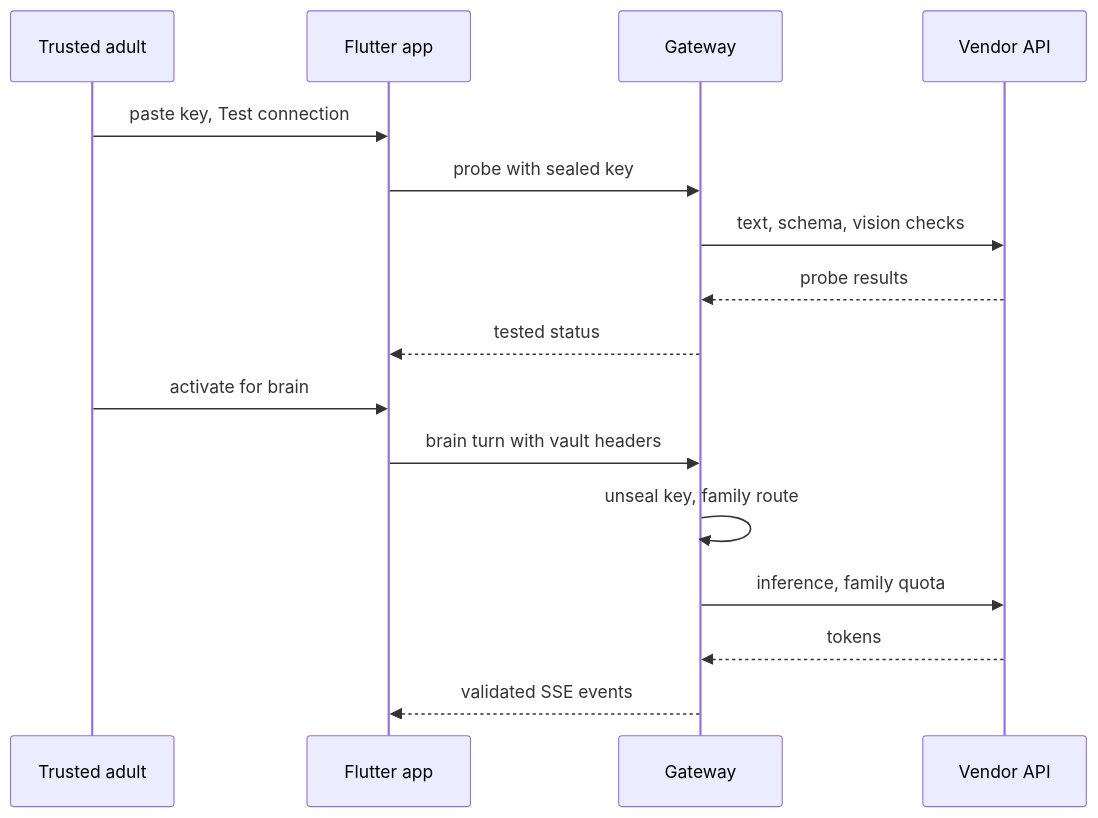
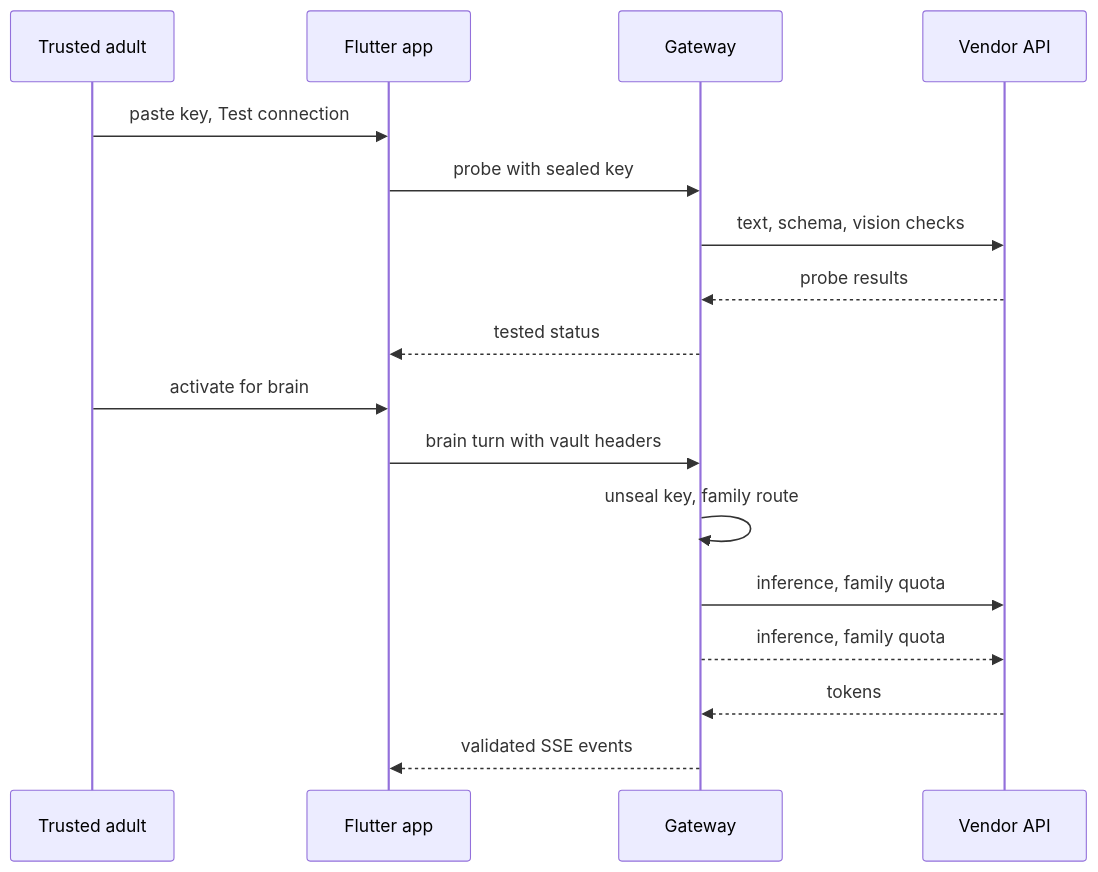
The fourth of 4 diagrams in ARCHITECTURE.md (83Gh0st/milo), drawn with Mermaid before and after one commit. The commit also changed other lines of this file and 5 other files, not shown here.

Commit message:
chore: update .gitignore to exclude additional log and temporary files; enhance documentation in ARCHITECTURE.md and DEVELOPMENT.md; add LICENSE and architecture PDF

````diff
--- a/ARCHITECTURE.md
+++ b/ARCHITECTURE.md
@@ -237,18 +294,19 @@
 ```mermaid
 sequenceDiagram
     participant P as Trusted adult
     participant A as Flutter app
     participant G as Gateway
     participant V as Vendor API
     P->>A: paste key, Test connection
     A->>G: probe with sealed key
     G->>V: text, schema, vision checks
     V-->>G: probe results
     G-->>A: tested status
     P->>A: activate for brain
     A->>G: brain turn with vault headers
     G->>G: unseal key, family route
     G->>V: inference, family quota
+    G-->>V: inference, family quota
     V-->>G: tokens
     G-->>A: validated SSE events
 ```
````
